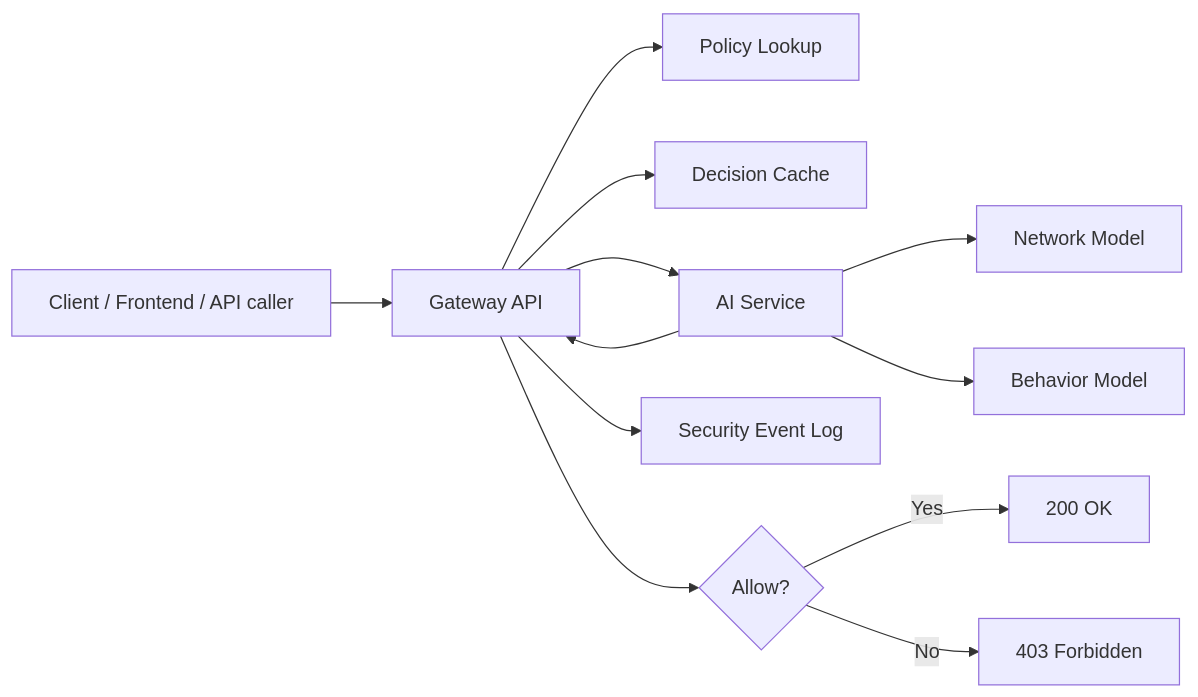
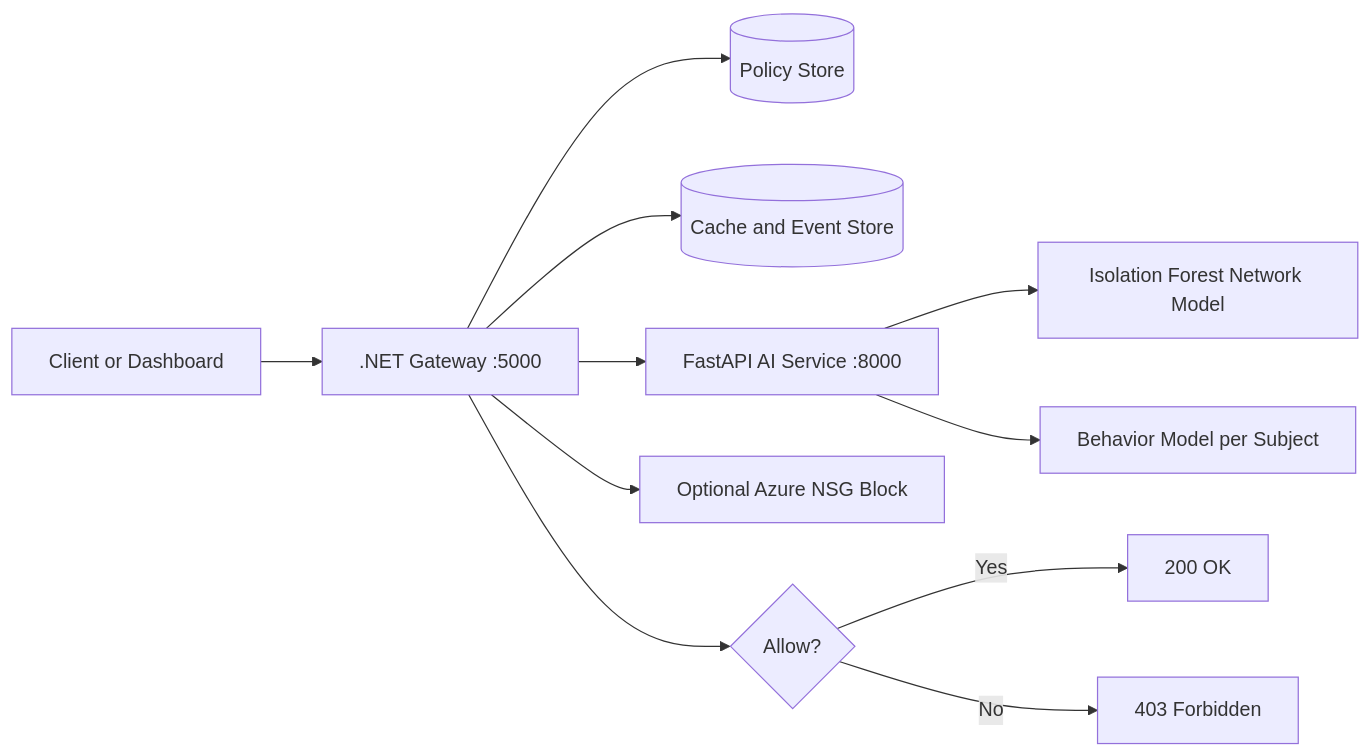
One commit to captainprice27/ZTA changed the first of 2 diagrams in README.md. Above: the diagram before and after it, drawn with Mermaid. The commit also changed other lines of this file and 33 other files, not shown here.

Commit message:
Advance gateway, AI service, and ops workflow

````diff
--- a/README.md
+++ b/README.md
@@ -32,14 +33,13 @@
 ```mermaid
 flowchart LR
-    U[Client / Frontend / API caller] --> G[Gateway API]
-    G --> P[Policy Lookup]
-    G --> C[Decision Cache]
-    G --> A[AI Service]
-    A --> N[Network Model]
-    A --> B[Behavior Model]
-    A --> G
-    G --> E[Security Event Log]
+    U[Client or Dashboard] --> G[.NET Gateway :5000]
+    G --> P[(Policy Store)]
+    G --> C[(Cache and Event Store)]
+    G --> A[FastAPI AI Service :8000]
+    A --> N[Isolation Forest Network Model]
+    A --> B[Behavior Model per Subject]
+    G --> X[Optional Azure NSG Block]
     G --> R{Allow?}
     R -->|Yes| OK[200 OK]
-    R -->|No| NO[403 Forbidden]
+    R -->|No| DENY[403 Forbidden]
 ```
````
